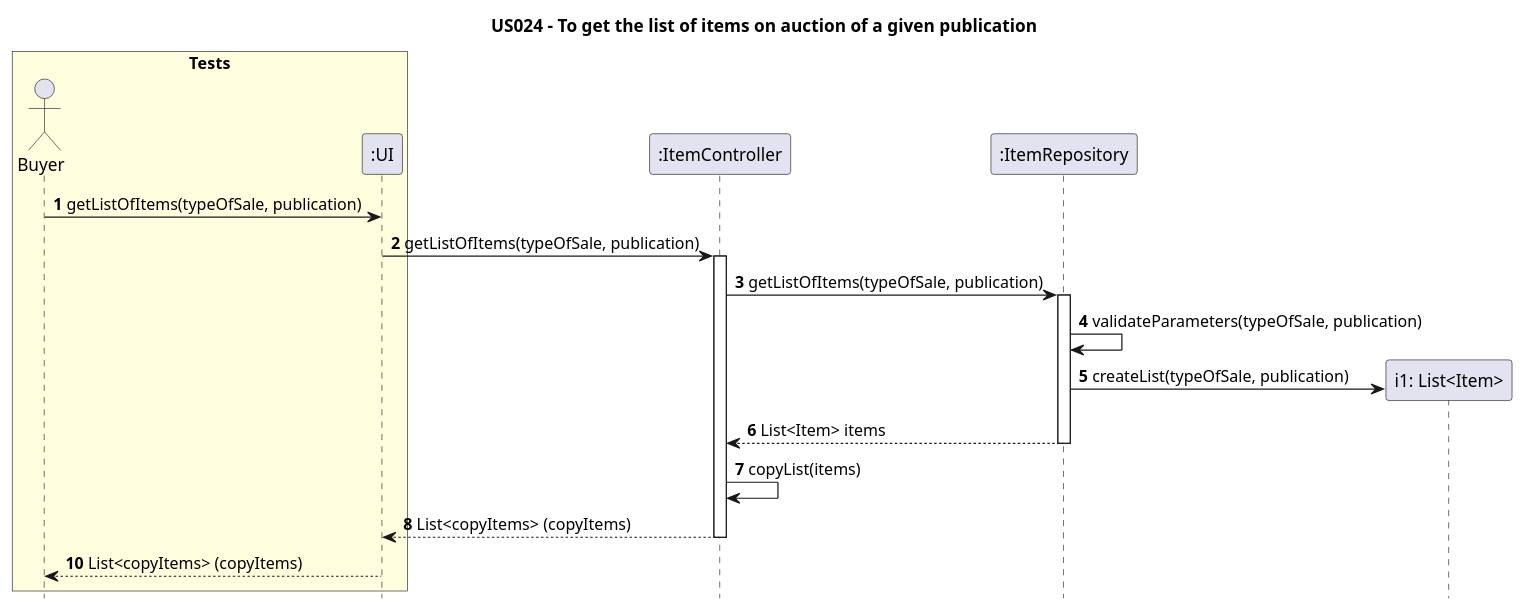
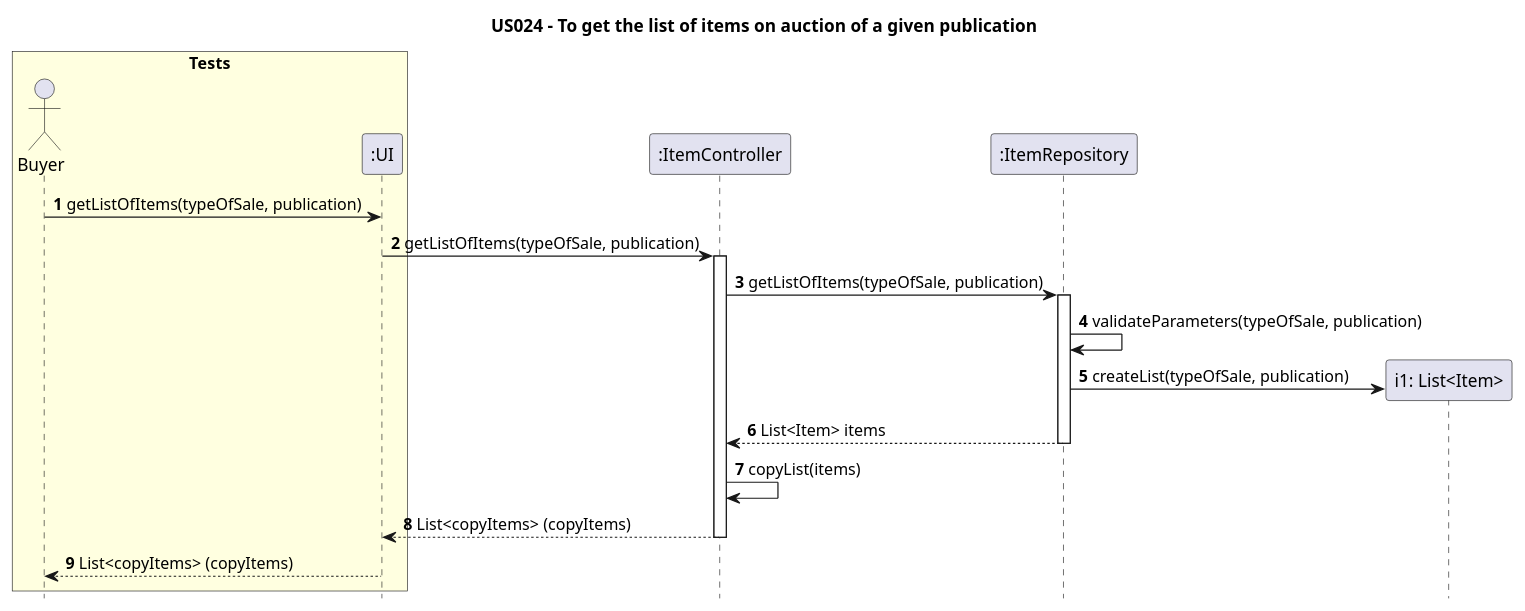
Before and after one commit to AndrePereiraGitH/SWitCH-Project-Team_A: the diagram in Diagrams/SequenceDiagrams/US024-to-get-the-list-of-items-on-auction-of-a-given-publication.puml, drawn with PlantUML.

Commit message:
Working on #72, fixed typo on SD @SilviaRibeiro25

```diff
--- a/Diagrams/SequenceDiagrams/US024-to-get-the-list-of-items-on-auction-of-a-given-publication.puml
+++ b/Diagrams/SequenceDiagrams/US024-to-get-the-list-of-items-on-auction-of-a-given-publication.puml
@@ -1,39 +1,39 @@
 @startuml
 
 hide footbox
 title US024 - To get the list of items on auction of a given publication
 
 box "Tests" #LightYellow
 actor Buyer
 participant ":UI" as UI
 end box
 
 participant ":ItemController" as ItemController
 participant ":ItemRepository" as ItemRepository
 
 Buyer -> UI : **1** getListOfItems(typeOfSale, publication)
 
 UI -> ItemController : **2** getListOfItems(typeOfSale, publication)
 activate ItemController
 
 ItemController -> ItemRepository : **3** getListOfItems(typeOfSale, publication)
 activate ItemRepository
 
 ' ItemRepository -> ItemRepository : **4** convertStringToEnum(typeOfSale, publication)
 
 ItemRepository -> ItemRepository : **4** validateParameters(typeOfSale, publication)
 
 create "i1: List<Item>" as Item
 ItemRepository -> Item : **5** createList(typeOfSale, publication)
 
 ItemRepository --> ItemController : **6** List<Item> items
 deactivate ItemRepository
 
 ItemController -> ItemController : **7** copyList(items)
 
 ItemController --> UI : **8** List<copyItems> (copyItems)
 deactivate ItemController
 
-UI --> Buyer : **10** List<copyItems> (copyItems)
+UI --> Buyer : **9** List<copyItems> (copyItems)
 
 @enduml
```
